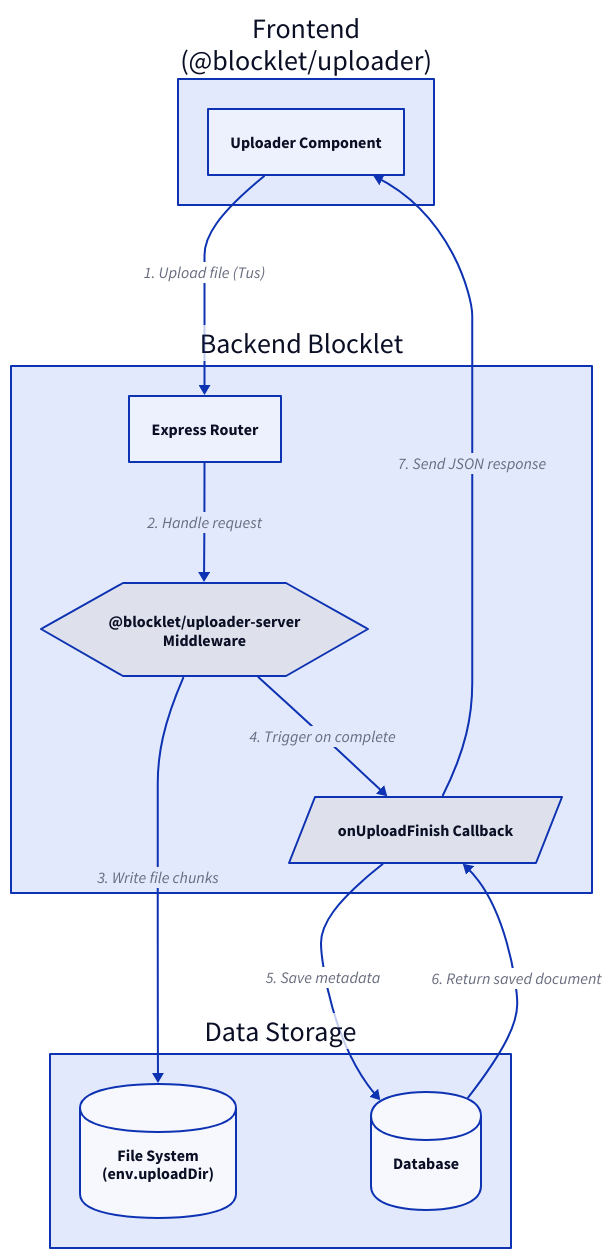
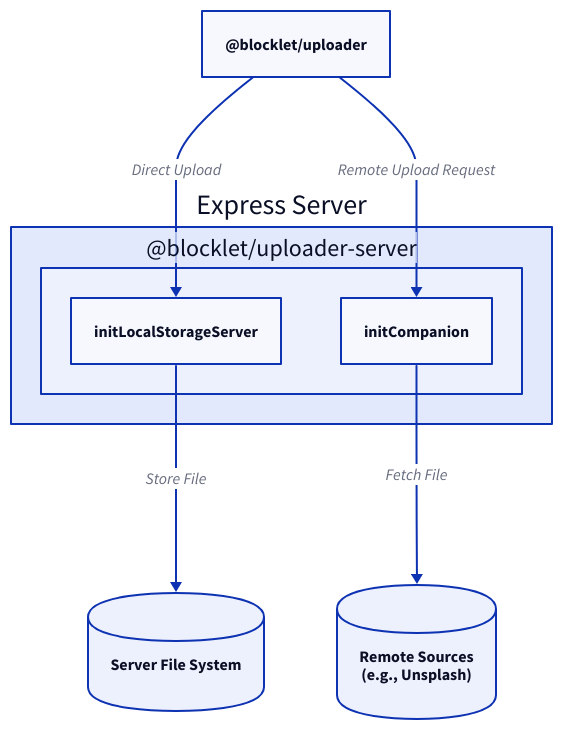
One commit to blocklet/media-kit changed the diagram in .aigne/doc-smith/docs/api-reference-uploader-server.md. Above: the diagram before and after it, drawn with D2. The commit also changed other lines of this file and 25 other files, not shown here.

````diff
--- a/.aigne/doc-smith/docs/api-reference-uploader-server.md
+++ b/.aigne/doc-smith/docs/api-reference-uploader-server.md
@@ -103,55 +11,35 @@
 ```d2
 direction: down
 
-Frontend: {
-  label: "Frontend\n(@blocklet/uploader)"
+Frontend-Uploader: {
+  label: "@blocklet/uploader"
+}
+
+Backend-Server: {
+  label: "Express Server"
   shape: rectangle
 
-  Uploader: {
-    label: "Uploader Component"
+  uploader-server-middleware: {
+    label: "@blocklet/uploader-server"
+
+    initLocalStorageServer
+    initCompanion
   }
 }
 
-Backend: {
-  label: "Backend Blocklet"
-  shape: rectangle
-
-  Express-Router: {
-    label: "Express Router"
-  }
-
-  Uploader-Server: {
-    label: "@blocklet/uploader-server\nMiddleware"
-    shape: hexagon
-  }
-
-  onUploadFinish: {
-    label: "onUploadFinish Callback"
-    shape: parallelogram
-  }
+Remote-Sources: {
+  label: "Remote Sources\n(e.g., Unsplash)"
+  shape: cylinder
 }
 
-Data-Storage: {
-  label: "Data Storage"
-  shape: rectangle
-
-  File-System: {
-    label: "File System\n(env.uploadDir)"
-    shape: cylinder
-  }
-
-  Database: {
-    label: "Database"
-    shape: cylinder
-  }
+File-Storage: {
+  label: "Server File System"
+  shape: cylinder
 }
 
-Frontend.Uploader -> Backend.Express-Router: "1. Upload file (Tus)"
-Backend.Express-Router -> Backend.Uploader-Server: "2. Handle request"
-Backend.Uploader-Server -> Data-Storage.File-System: "3. Write file chunks"
-Backend.Uploader-Server -> Backend.onUploadFinish: "4. Trigger on complete"
-Backend.onUploadFinish -> Data-Storage.Database: "5. Save metadata"
-Data-Storage.Database -> Backend.onUploadFinish: "6. Return saved document"
-Backend.onUploadFinish -> Frontend.Uploader: "7. Send JSON response"
+Frontend-Uploader -> Backend-Server.uploader-server-middleware.initLocalStorageServer: "Direct Upload"
+Frontend-Uploader -> Backend-Server.uploader-server-middleware.initCompanion: "Remote Upload Request"
+Backend-Server.uploader-server-middleware.initCompanion -> Remote-Sources: "Fetch File"
+Backend-Server.uploader-server-middleware.initLocalStorageServer -> File-Storage: "Store File"
 
 ```
````
